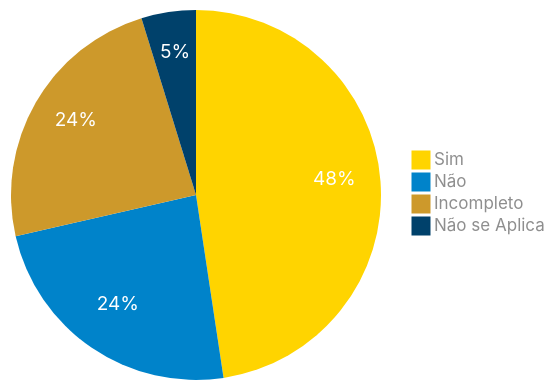
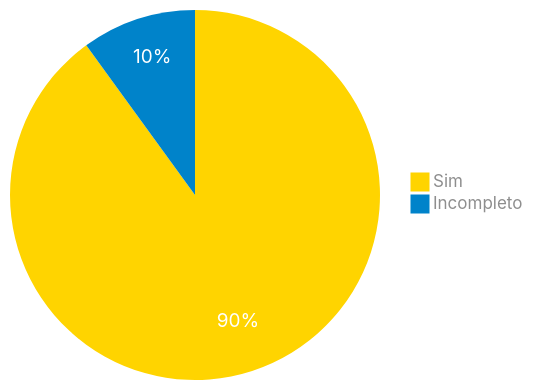
Before and after one commit to claudiohsc/2024.1-Correios: the diagram in docs/verificacao_01/grupo/analise_requisitos1/aspectos_eticos.md, drawn with Mermaid. The commit also changed other lines of this file, not shown here.

Commit message:
fix pizza chart

````diff
--- a/docs/verificacao_01/grupo/analise_requisitos1/aspectos_eticos.md
+++ b/docs/verificacao_01/grupo/analise_requisitos1/aspectos_eticos.md
@@ -90,24 +90,22 @@
 ``` mermaid
 %%{
   init: {
     'theme': 'base',
     'themeVariables': {
         'primaryColor': '#FFD400',
         'secondaryColor': '#0083CA',
         'tertiaryColor': '#CD992B',
         'pie4': '#00416B',
         'primaryTextColor': '#8e8e8e',
         'pieStrokeWidth': '0px',
         'pieOuterStrokeWidth': '0px',
         'pieOpacity': '1',
         'pieSectionTextColor': '#fff',
         'pieSectionTextSize': '19px'
     }
   }
 }%%
 pie
-    "Sim" : 10
-    "Não" : 5
-    "Incompleto" : 5
-    "Não se Aplica" : 1
+    "Sim" : 9
+    "Incompleto" : 1
 ```
````
